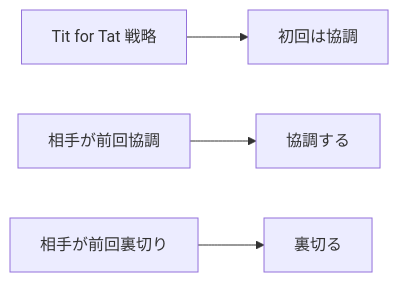
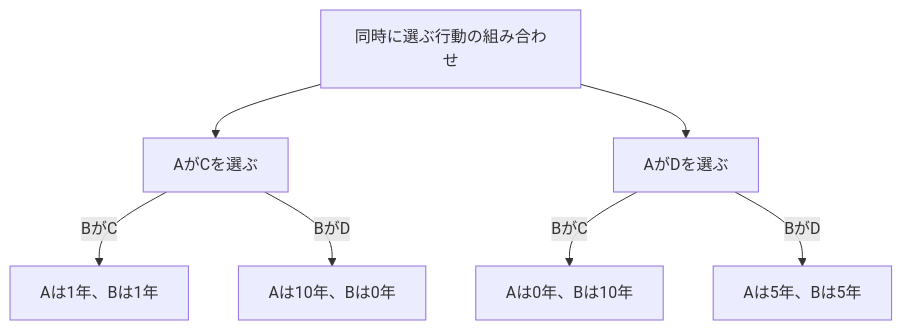
Before and after one commit to kenjinote/blog: the first of 2 diagrams in content/post/paradox-prisoners-dilemma/index.md, drawn with Mermaid. The commit also changed other lines of this file and 16 other files, not shown here.

````diff
--- a/content/post/paradox-prisoners-dilemma/index.md
+++ b/content/post/paradox-prisoners-dilemma/index.md
@@ -106,12 +35,9 @@
 ```mermaid
-graph LR
-    A["Tit for Tat 戦略"]
-    B["初回は協調"]
-    C["相手が前回協調"]
-    D["相手が前回裏切り"]
-    E["協調する"]
-    F["裏切る"]
-    A --> B
-    C --> E
-    D --> F
+graph TD
+    Start["同時に選ぶ行動の組み合わせ"] --> AC["AがCを選ぶ"]
+    Start --> AD["AがDを選ぶ"]
+    AC -->|"BがC"| CC["Aは1年、Bは1年"]
+    AC -->|"BがD"| CD["Aは10年、Bは0年"]
+    AD -->|"BがC"| DC["Aは0年、Bは10年"]
+    AD -->|"BがD"| DD["Aは5年、Bは5年"]
 ```
````
